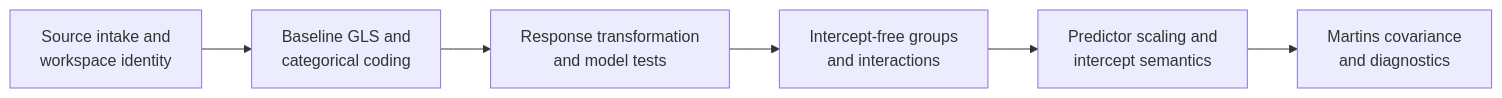
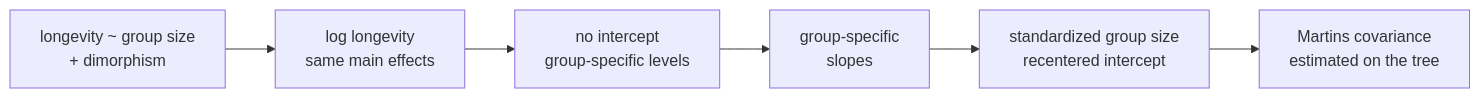
The first of 2 diagrams in docs/03-bijux-phylogenetics-evidence-book/pcm3-primate-continuous-and-categorical-regression/model-design-and-phylogenetic-regression.md (bijux/bijux-phylogenetics), drawn with Mermaid before and after one commit. The commit also changed other lines of this file and 3 other files, not shown here.

````diff
--- a/docs/03-bijux-phylogenetics-evidence-book/pcm3-primate-continuous-and-categorical-regression/model-design-and-phylogenetic-regression.md
+++ b/docs/03-bijux-phylogenetics-evidence-book/pcm3-primate-continuous-and-categorical-regression/model-design-and-phylogenetic-regression.md
@@ -18,11 +20,11 @@
 ```mermaid
 flowchart LR
-    source["Source intake and<br/>workspace identity"]
-    baseline["Baseline GLS and<br/>categorical coding"]
-    transform["Response transformation<br/>and model tests"]
-    groups["Intercept-free groups<br/>and interactions"]
-    scale["Predictor scaling and<br/>intercept semantics"]
-    phylogeny["Martins covariance<br/>and diagnostics"]
+    raw["longevity ~ group size<br/>+ dimorphism"]
+    log["log longevity<br/>same main effects"]
+    groups["no intercept<br/>group-specific levels"]
+    interaction["group-specific<br/>slopes"]
+    scaled["standardized group size<br/>recentered intercept"]
+    pgls["Martins covariance<br/>estimated on the tree"]
 
-    source --> baseline --> transform --> groups --> scale --> phylogeny
+    raw --> log --> groups --> interaction --> scaled --> pgls
 ```
````
